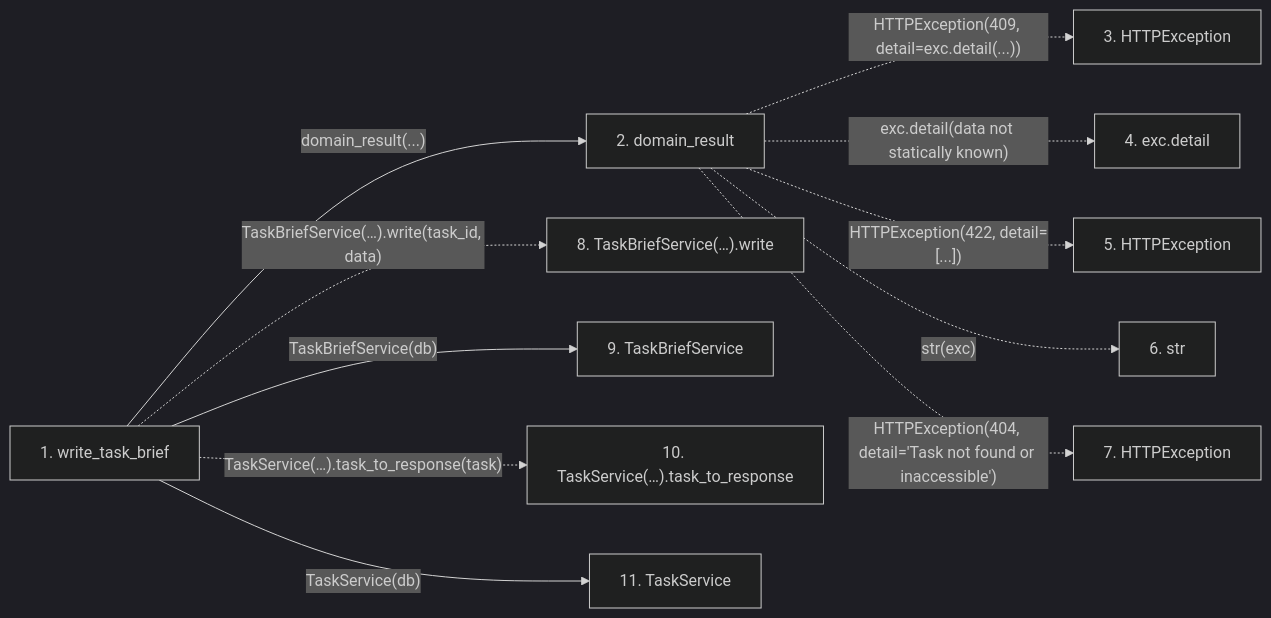
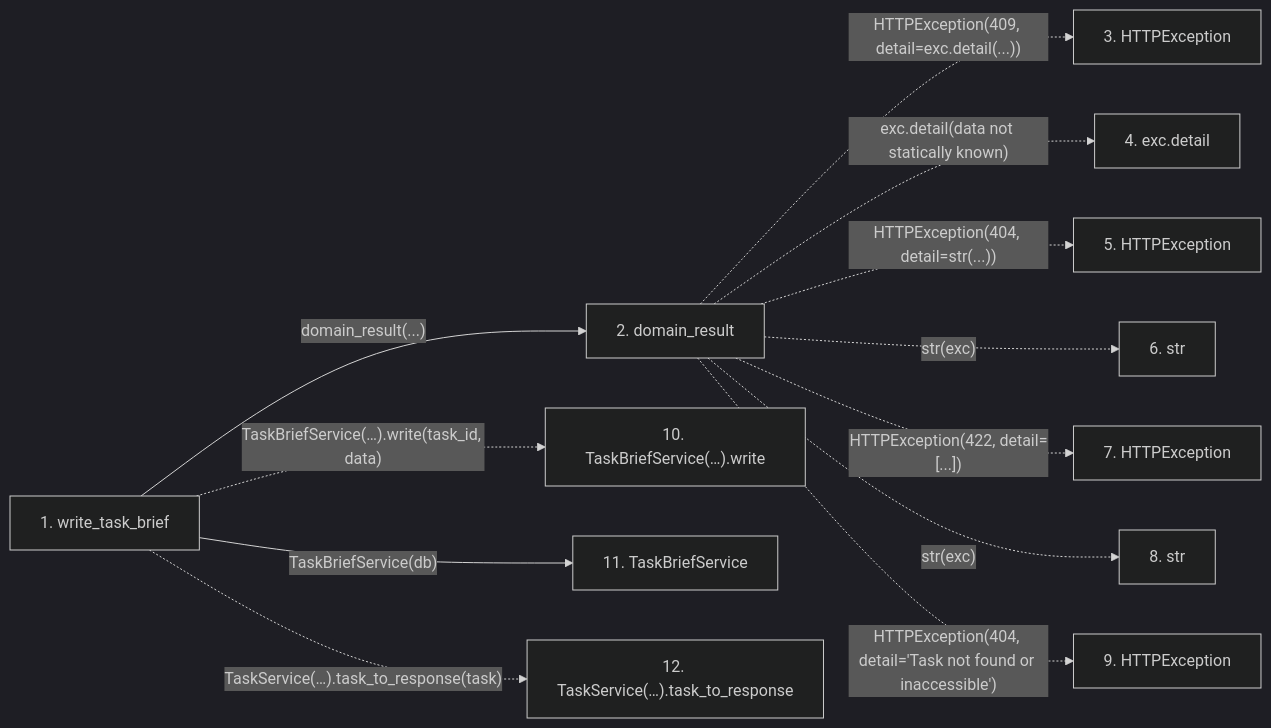
The second of 2 diagrams in docs/llm_wiki/flows/http-write_task_brief.md (Denissvgn/WorkChord), drawn with Mermaid (dark theme) before and after one commit. The commit also changed other lines of this file and 6624 other files, not shown here.

````diff
--- a/docs/llm_wiki/flows/http-write_task_brief.md
+++ b/docs/llm_wiki/flows/http-write_task_brief.md
@@ -36,28 +38,29 @@
 ```mermaid
 flowchart LR
     s1["1. write_task_brief"]
     s2["2. domain_result"]
     s3["3. HTTPException"]
     s4["4. exc.detail"]
     s5["5. HTTPException"]
     s6["6. str"]
     s7["7. HTTPException"]
-    s8["8. TaskBriefService(…).write"]
-    s9["9. TaskBriefService"]
-    s10["10. TaskService(…).task_to_response"]
-    s11["11. TaskService"]
+    s8["8. str"]
+    s9["9. HTTPException"]
+    s10["10. TaskBriefService(…).write"]
+    s11["11. TaskBriefService"]
+    s12["12. TaskService(…).task_to_response"]
     s1 -->|"domain_result(...)"| s2
     s2 -. "HTTPException(409, detail=exc.detail(...))" .-> s3
     s2 -. "exc.detail(data not statically known)" .-> s4
-    s2 -. "HTTPException(422, detail=[...])" .-> s5
+    s2 -. "HTTPException(404, detail=str(...))" .-> s5
     s2 -. "str(exc)" .-> s6
-    s2 -. "HTTPException(404, detail='Task not found or inaccessible')" .-> s7
-    s1 -. "TaskBriefService(…).write(task_id, data)" .-> s8
-    s1 -->|"TaskBriefService(db)"| s9
-    s1 -. "TaskService(…).task_to_response(task)" .-> s10
-    s1 -->|"TaskService(db)"| s11
+    s2 -. "HTTPException(422, detail=[...])" .-> s7
+    s2 -. "str(exc)" .-> s8
+    s2 -. "HTTPException(404, detail='Task not found or inaccessible')" .-> s9
+    s1 -. "TaskBriefService(…).write(task_id, data)" .-> s10
+    s1 -->|"TaskBriefService(db)"| s11
+    s1 -. "TaskService(…).task_to_response(task)" .-> s12
     click s1 "../modules/routers_task_domain.md"
     click s2 "../modules/routers_task_domain.md"
-    click s9 "../modules/task_brief_service.md"
-    click s11 "../modules/task_service.md"
+    click s11 "../modules/task_brief_service.md"
 ```
````
